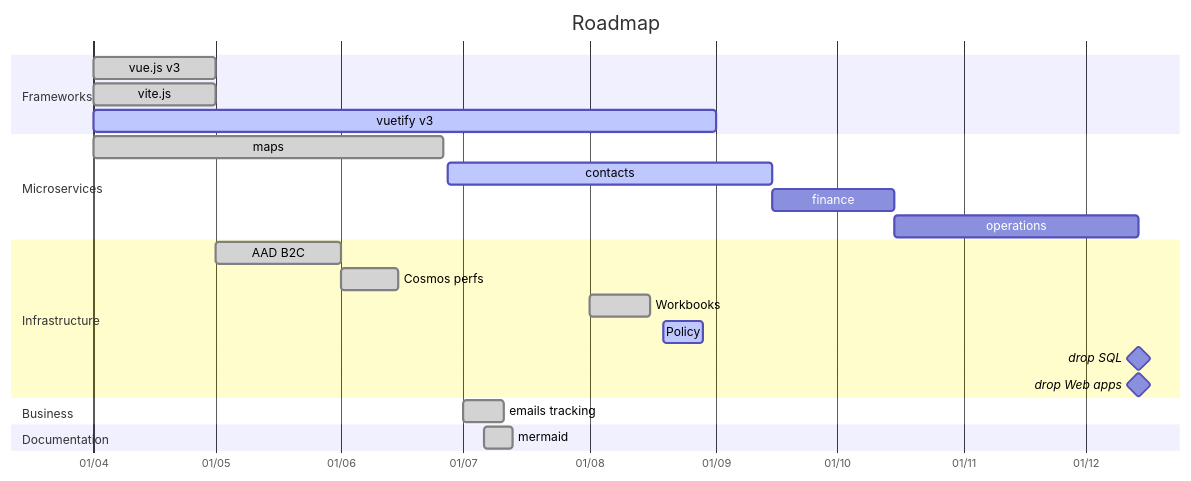
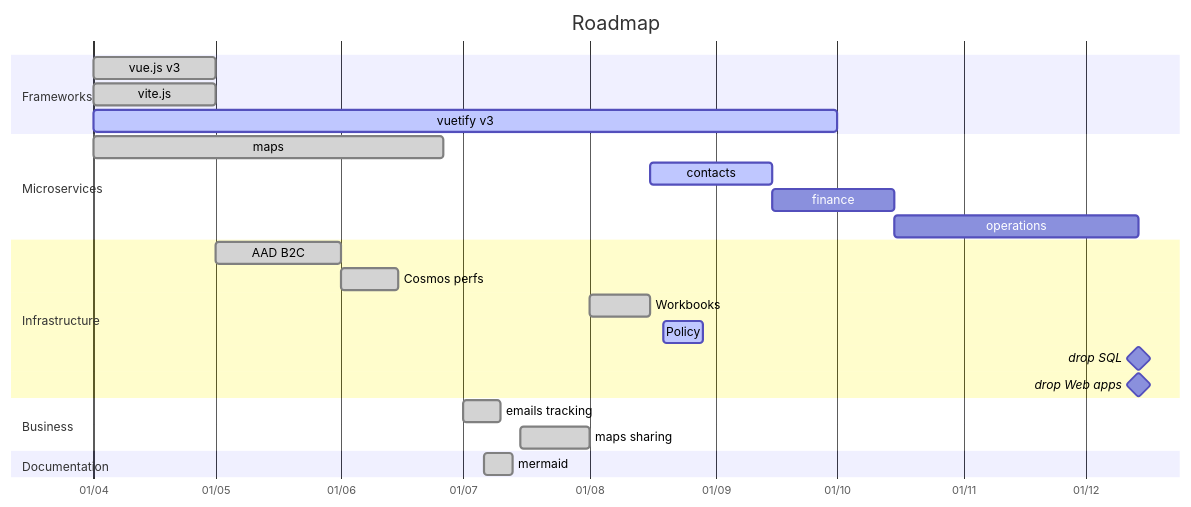
The diagram in docs/roadmap.md (amilochau/.github), drawn with Mermaid before and after one commit.

Commit message:
Update roadmap

````diff
--- a/docs/roadmap.md
+++ b/docs/roadmap.md
@@ -9,31 +9,32 @@
 ```mermaid
 gantt
   title Roadmap
   dateFormat YYYY-MM-DD
   axisFormat %d/%m
 
   section Frameworks
   vue.js v3       : done,       vue,        2022-04-01,               2022-05-01
   vite.js         : done,       vite,       2022-04-01,               2022-05-01
-  vuetify v3      : active,     vuetify,    2022-04-01,               2022-09-01
+  vuetify v3      : active,     vuetify,    2022-04-01,               2022-10-01
 
   section Microservices
   maps            : done,       maps,       2022-04-01,               2022-06-26
-  contacts        : active,     contacts,   2022-06-27,               80d
+  contacts        : active,     contacts,   2022-08-16,               30d
   finance         :             finance,    after contacts,           30d
   operations      :             operations, after finance,            60d
 
   section Infrastructure
   AAD B2C         : done,       aadb2c,     2022-05-01,               2022-06-01
   Cosmos perfs    : done,       cosmos,     2022-06-01,               2022-06-15
   Workbooks       : done,       workbooks,  2022-08-01,               2022-08-16
   Policy          : active,     policy,     2022-08-19,               10d
   drop SQL        : milestone,  sql,        after operations,         0d
   drop Web apps   : milestone,  webapps,    after operations,         0d
 
   section Business
-  emails tracking : done,     tracking,   2022-07-01,             10d
+  emails tracking : done,       tracking,   2022-07-01,               2022-07-10
+  maps sharing    : done,       sharing,    2022-07-15,               2022-08-01
 
   section Documentation
   mermaid         : done,     mermaid,    2022-07-06,               2022-07-13
 ```
````
